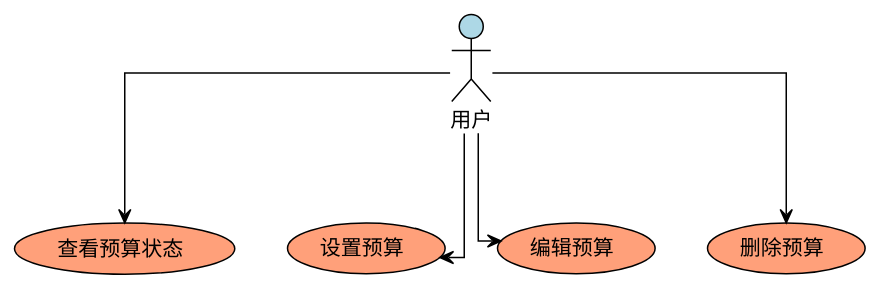
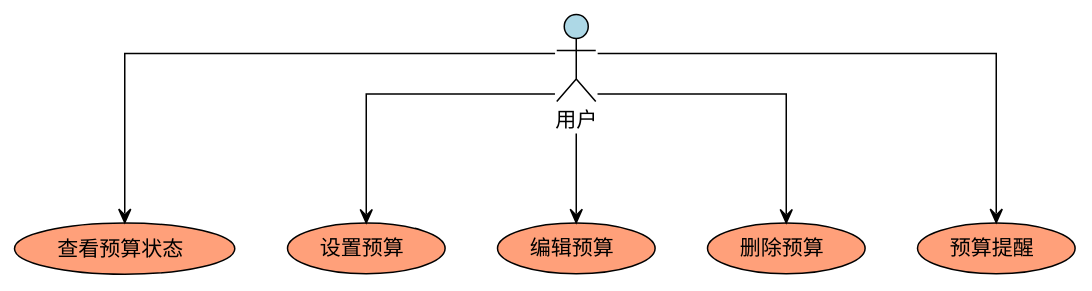
One commit to wblxr408/SEU-SE-HarmonyExpense-App- changed the diagram in README说明/UML图/用例图子图/usecase_budget.puml. Above: the diagram before and after it, drawn with PlantUML. The commit also changed 10 other files, not shown here.

Commit message:
Update use case diagrams

```diff
--- a/README说明/UML图/用例图子图/usecase_budget.puml
+++ b/README说明/UML图/用例图子图/usecase_budget.puml
@@ -1,23 +1,24 @@
 @startuml HarmonyExpense-Budget-UseCase
 !theme plain
 skinparam linetype ortho
 skinparam defaultFontName "Microsoft YaHei"
 
 ' 定义参与者
 actor "用户" as User #LightBlue
 
 ' 定义用例 - 预算管理模块
 usecase "查看预算状态" as ViewBudgets #LightSalmon
 usecase "设置预算" as SetBudget #LightSalmon
 usecase "编辑预算" as EditBudget #LightSalmon
 usecase "删除预算" as DeleteBudget #LightSalmon
+ usecase "预算提醒" as BudgetReminder #LightSalmon
 
 ' 定义关系
 User --> ViewBudgets
 User --> SetBudget
 User --> EditBudget
 User --> DeleteBudget
-
+User --> BudgetReminder
 
 
 @enduml
```
